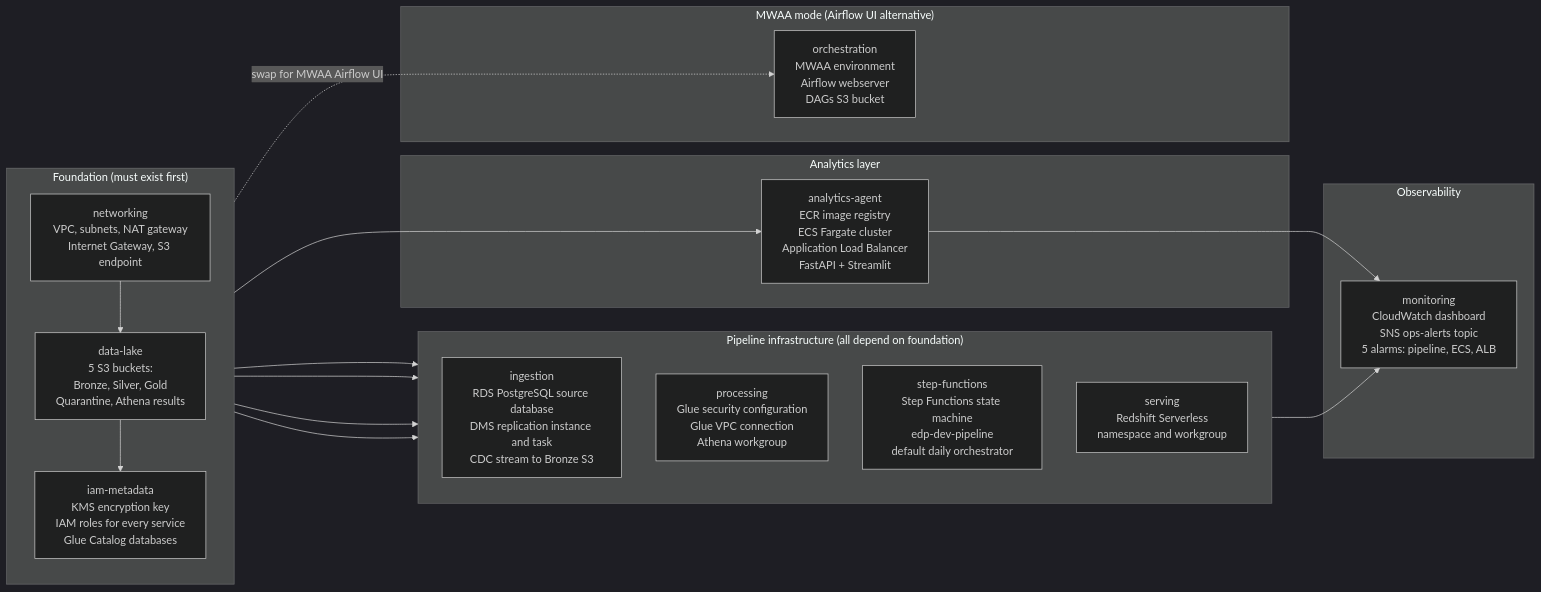
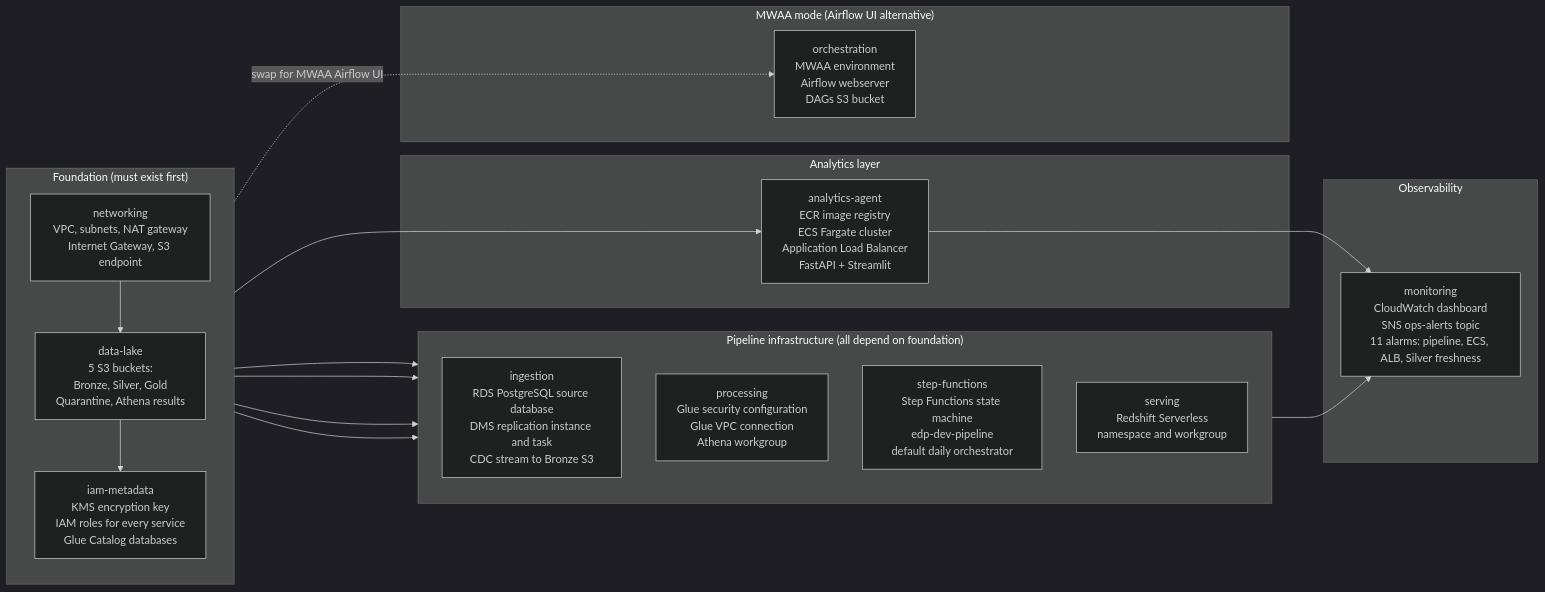
Before and after one commit to enterprise-data-platform-emeka/terraform-platform-infra-live: the first of 3 diagrams in README.md, drawn with Mermaid (dark theme). The commit also changed other lines of this file, not shown here.

Commit message:
Docs: update monitoring descriptions to reflect 11 alarms and freshness alarm names

````diff
--- a/README.md
+++ b/README.md
@@ -39,35 +39,35 @@
 ```mermaid
 flowchart LR
     subgraph foundation["Foundation (must exist first)"]
         direction TB
         NET["networking\nVPC, subnets, NAT gateway\nInternet Gateway, S3 endpoint"]
         DL["data-lake\n5 S3 buckets:\nBronze, Silver, Gold\nQuarantine, Athena results"]
         IAM["iam-metadata\nKMS encryption key\nIAM roles for every service\nGlue Catalog databases"]
         NET --> DL --> IAM
     end
 
     subgraph pipeline["Pipeline infrastructure (all depend on foundation)"]
         direction TB
         ING["ingestion\nRDS PostgreSQL source database\nDMS replication instance and task\nCDC stream to Bronze S3"]
         PROC["processing\nGlue security configuration\nGlue VPC connection\nAthena workgroup"]
         SFN["step-functions\nStep Functions state machine\nedp-dev-pipeline\ndefault daily orchestrator"]
         SERV["serving\nRedshift Serverless\nnamespace and workgroup"]
     end
 
     subgraph agent["Analytics layer"]
         AA["analytics-agent\nECR image registry\nECS Fargate cluster\nApplication Load Balancer\nFastAPI + Streamlit"]
     end
 
     subgraph mwaa["MWAA mode (Airflow UI alternative)"]
         ORCH["orchestration\nMWAA environment\nAirflow webserver\nDAGs S3 bucket"]
     end
 
     subgraph mon["Observability"]
-        MON["monitoring\nCloudWatch dashboard\nSNS ops-alerts topic\n5 alarms: pipeline, ECS, ALB"]
+        MON["monitoring\nCloudWatch dashboard\nSNS ops-alerts topic\n11 alarms: pipeline, ECS, ALB, Silver freshness"]
     end
 
     IAM --> ING & PROC & SFN & SERV & AA
     IAM -.->|"swap for MWAA Airflow UI"| ORCH
     SFN --> MON
     AA --> MON
 ```
````
